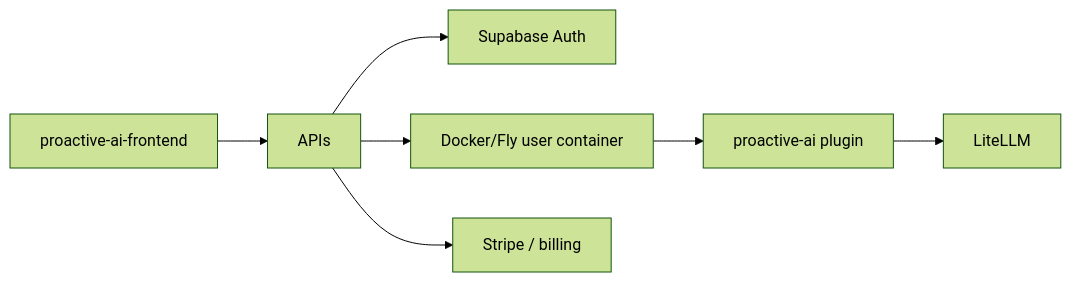
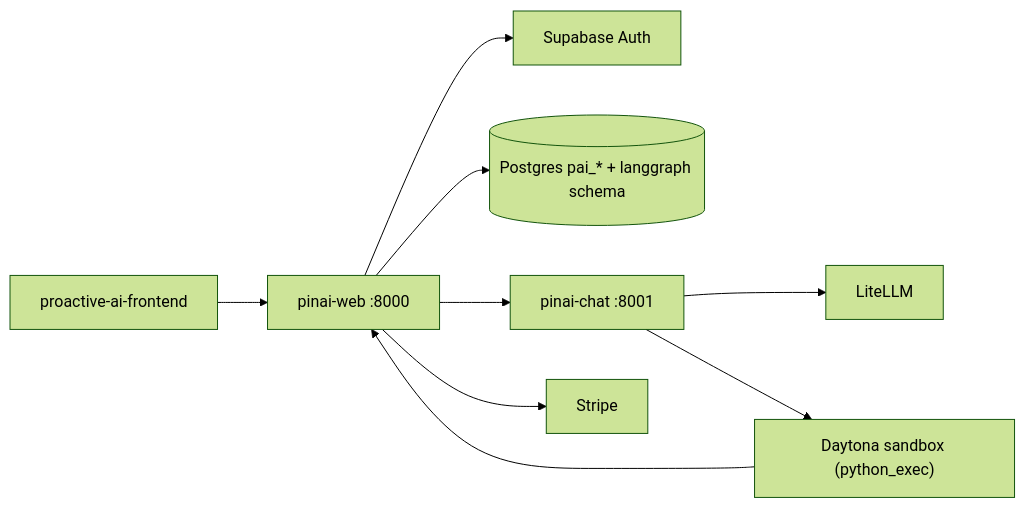
Before and after one commit to Edge-AI-HQ/proactive-assistant: the diagram in docs/modules/runtime-deployment.mdx, drawn with Mermaid (forest theme). The commit also changed other lines of this file and 372 other files, not shown here.

First line of the commit message:
chore: drop apis/, miniapp/, pinai-openclaw/ — backend fully consolidated into pinai-agents

````diff
--- a/docs/modules/runtime-deployment.mdx
+++ b/docs/modules/runtime-deployment.mdx
@@ -12,9 +12,11 @@
 ```mermaid
 flowchart LR
-  FE["proactive-ai-frontend"] --> APIs["APIs"]
-  APIs --> Auth["Supabase Auth"]
-  APIs --> Container["Docker/Fly user container"]
-  Container --> Plugin["proactive-ai plugin"]
-  Plugin --> LiteLLM["LiteLLM"]
-  APIs --> Stripe["Stripe / billing"]
+  FE["proactive-ai-frontend"] --> Web["pinai-web :8000"]
+  Web --> Auth["Supabase Auth"]
+  Web --> PG[("Postgres pai_* + langgraph schema")]
+  Web --> Chat["pinai-chat :8001"]
+  Chat --> LiteLLM["LiteLLM"]
+  Chat --> Sandbox["Daytona sandbox (python_exec)"]
+  Sandbox --> Web
+  Web --> Stripe["Stripe"]
 ```
````
